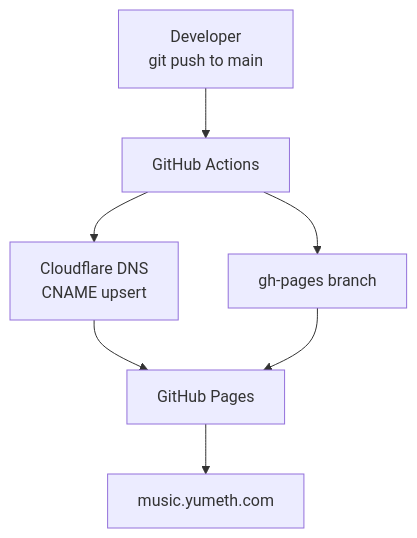
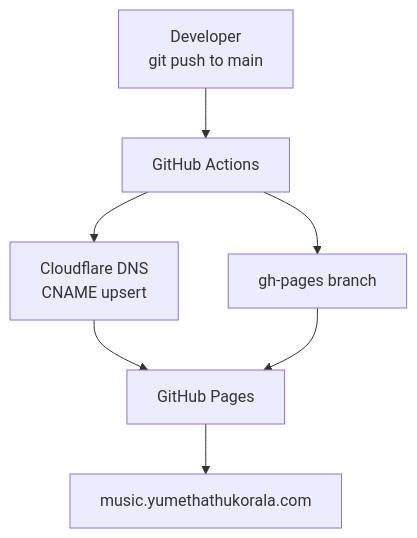
Before and after one commit to venura9/deck-of-cards-gh-pages: the diagram in README.md, drawn with Mermaid. The commit also changed other lines of this file and 5 other files, not shown here.

First line of the commit message:
fix: update domain to yumethathukorala.com and use built-in GITHUB_TOKEN

````diff
--- a/README.md
+++ b/README.md
@@ -11,9 +11,9 @@
 ```mermaid
 flowchart TD
     A[Developer<br/>git push to main] --> B[GitHub Actions]
     B --> C[Cloudflare DNS<br/>CNAME upsert]
     B --> D[gh-pages branch]
     C --> E[GitHub Pages]
     D --> E
-    E --> F[music.yumeth.com]
+    E --> F[music.yumethathukorala.com]
 ```
````
